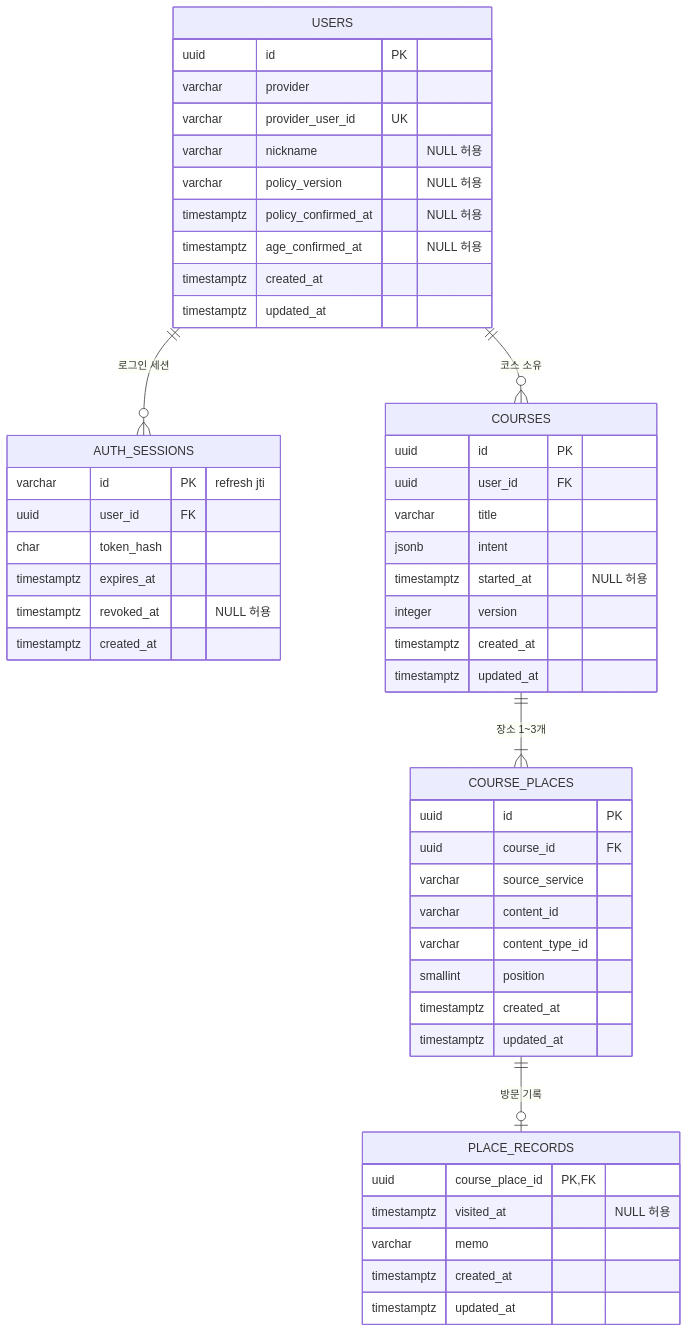
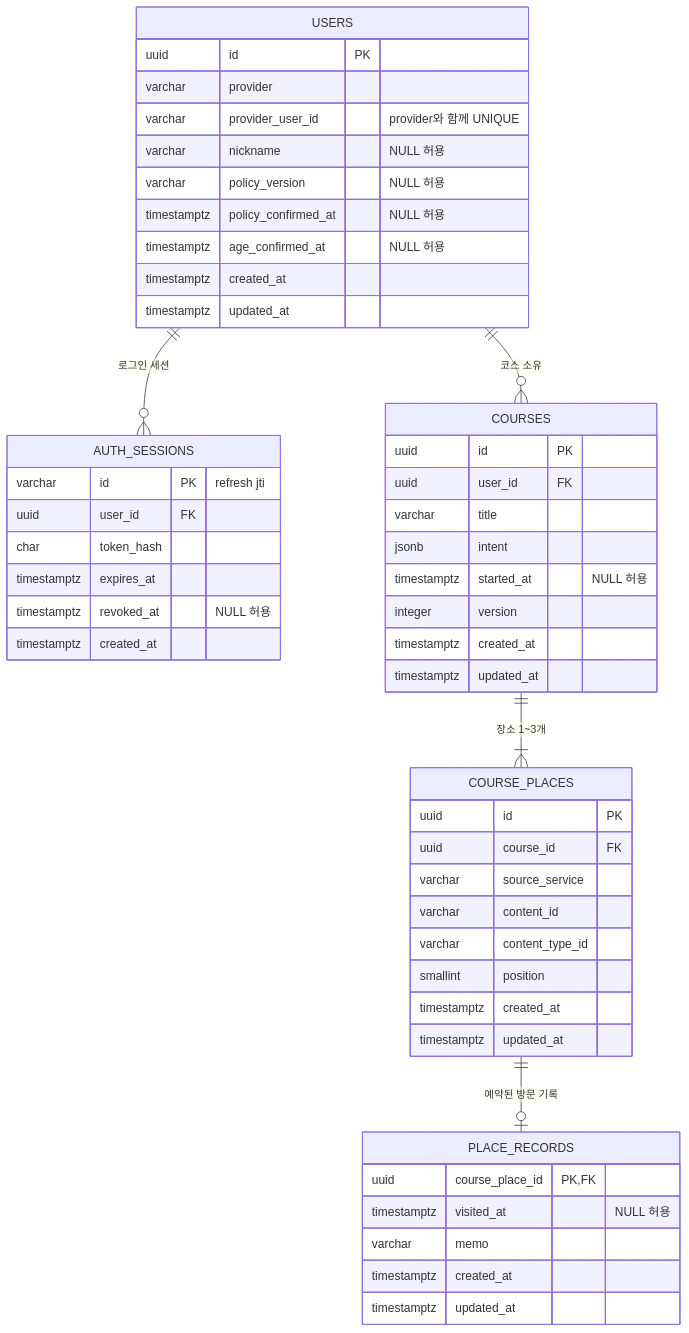
Before and after one commit to sub-blind/Giljabi: the diagram in docs/assets/storyroute-erd.mmd, drawn with Mermaid. The commit also changed 19 other files, not shown here.

```diff
--- a/docs/assets/storyroute-erd.mmd
+++ b/docs/assets/storyroute-erd.mmd
@@ -1,56 +1,56 @@
 erDiagram
     USERS ||--o{ AUTH_SESSIONS : "로그인 세션"
     USERS ||--o{ COURSES : "코스 소유"
     COURSES ||--|{ COURSE_PLACES : "장소 1~3개"
-    COURSE_PLACES ||--o| PLACE_RECORDS : "방문 기록"
+    COURSE_PLACES ||--o| PLACE_RECORDS : "예약된 방문 기록"
 
     USERS {
         uuid id PK
         varchar provider
-        varchar provider_user_id UK
+        varchar provider_user_id "provider와 함께 UNIQUE"
         varchar nickname "NULL 허용"
         varchar policy_version "NULL 허용"
         timestamptz policy_confirmed_at "NULL 허용"
         timestamptz age_confirmed_at "NULL 허용"
         timestamptz created_at
         timestamptz updated_at
     }
 
     AUTH_SESSIONS {
         varchar id PK "refresh jti"
         uuid user_id FK
         char token_hash
         timestamptz expires_at
         timestamptz revoked_at "NULL 허용"
         timestamptz created_at
     }
 
     COURSES {
         uuid id PK
         uuid user_id FK
         varchar title
         jsonb intent
         timestamptz started_at "NULL 허용"
         integer version
         timestamptz created_at
         timestamptz updated_at
     }
 
     COURSE_PLACES {
         uuid id PK
         uuid course_id FK
         varchar source_service
         varchar content_id
         varchar content_type_id
         smallint position
         timestamptz created_at
         timestamptz updated_at
     }
 
     PLACE_RECORDS {
         uuid course_place_id PK,FK
         timestamptz visited_at "NULL 허용"
         varchar memo
         timestamptz created_at
         timestamptz updated_at
     }
```
